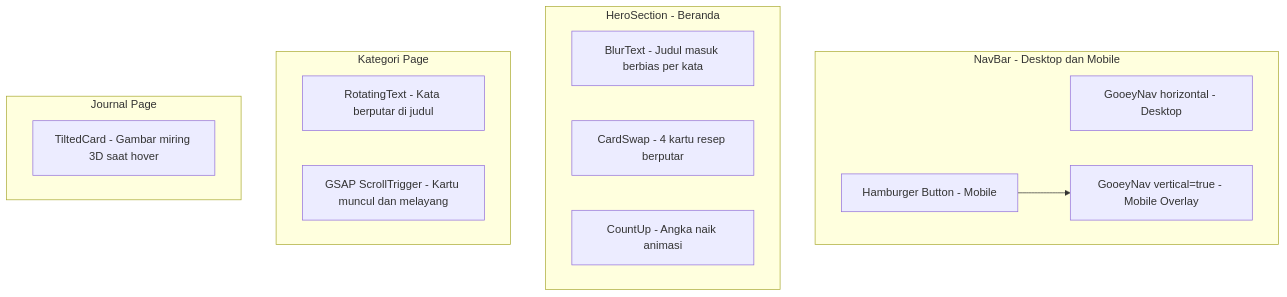
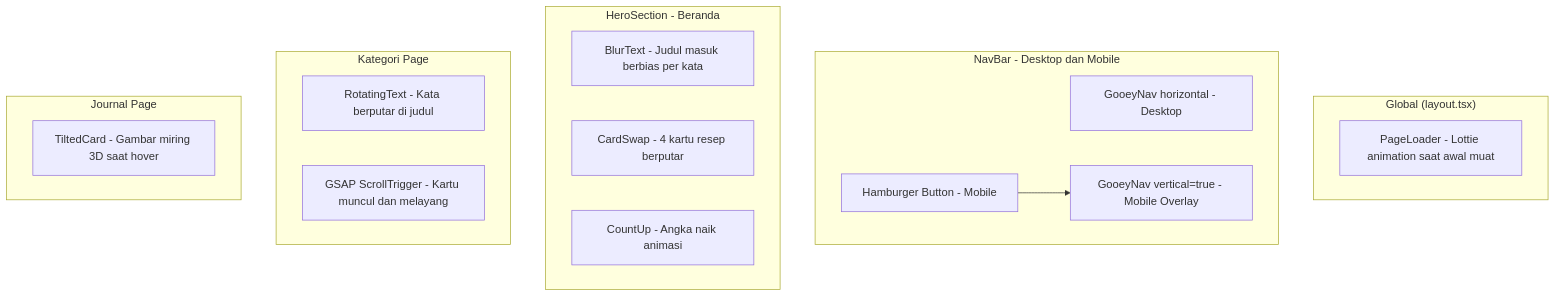
Before and after one commit to nabilkencana/Resep-Makanan-Frontend: the third of 5 diagrams in technical_guide.md, drawn with Mermaid. The commit also changed other lines of this file and 9 other files, not shown here.

Commit message:
feat: implement PageLoader component with Lottie animation and synchronize initial component entrance sequences

````diff
--- a/technical_guide.md
+++ b/technical_guide.md
@@ -299,24 +303,28 @@
 ```mermaid
 graph TD
+    subgraph Root ["Global (layout.tsx)"]
+        PL["PageLoader - Lottie animation saat awal muat"]
+    end
+
     subgraph Nav ["NavBar - Desktop dan Mobile"]
         GDesktop["GooeyNav horizontal - Desktop"]
         HBurger["Hamburger Button - Mobile"]
         GMobile["GooeyNav vertical=true - Mobile Overlay"]
         HBurger --> GMobile
     end
 
     subgraph Hero ["HeroSection - Beranda"]
         BT["BlurText - Judul masuk berbias per kata"]
         CS["CardSwap - 4 kartu resep berputar"]
         CU["CountUp - Angka naik animasi"]
     end
 
     subgraph KatPage ["Kategori Page"]
         RT["RotatingText - Kata berputar di judul"]
         GSAP["GSAP ScrollTrigger - Kartu muncul dan melayang"]
     end
 
     subgraph JourPage ["Journal Page"]
         TC["TiltedCard - Gambar miring 3D saat hover"]
     end
 ```
````
